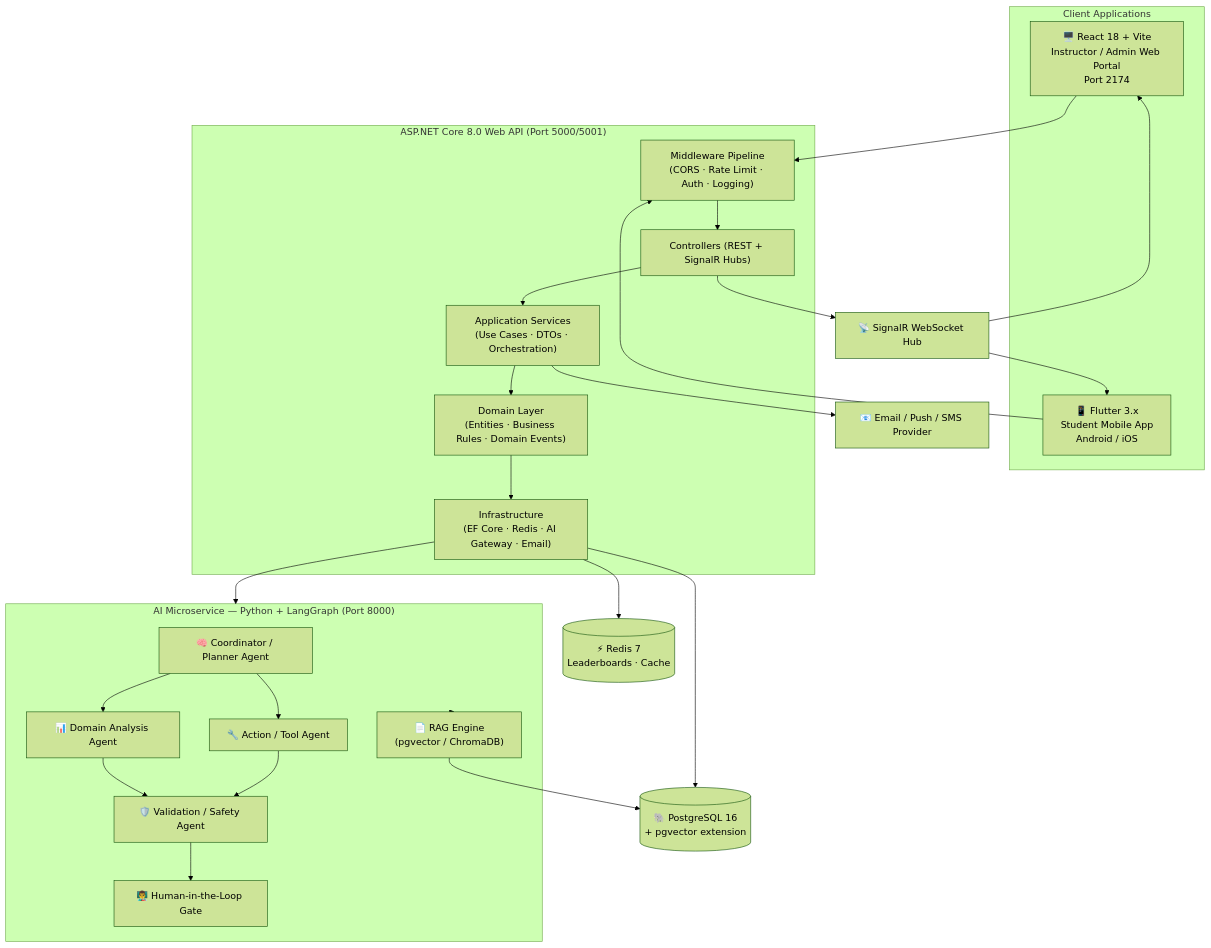
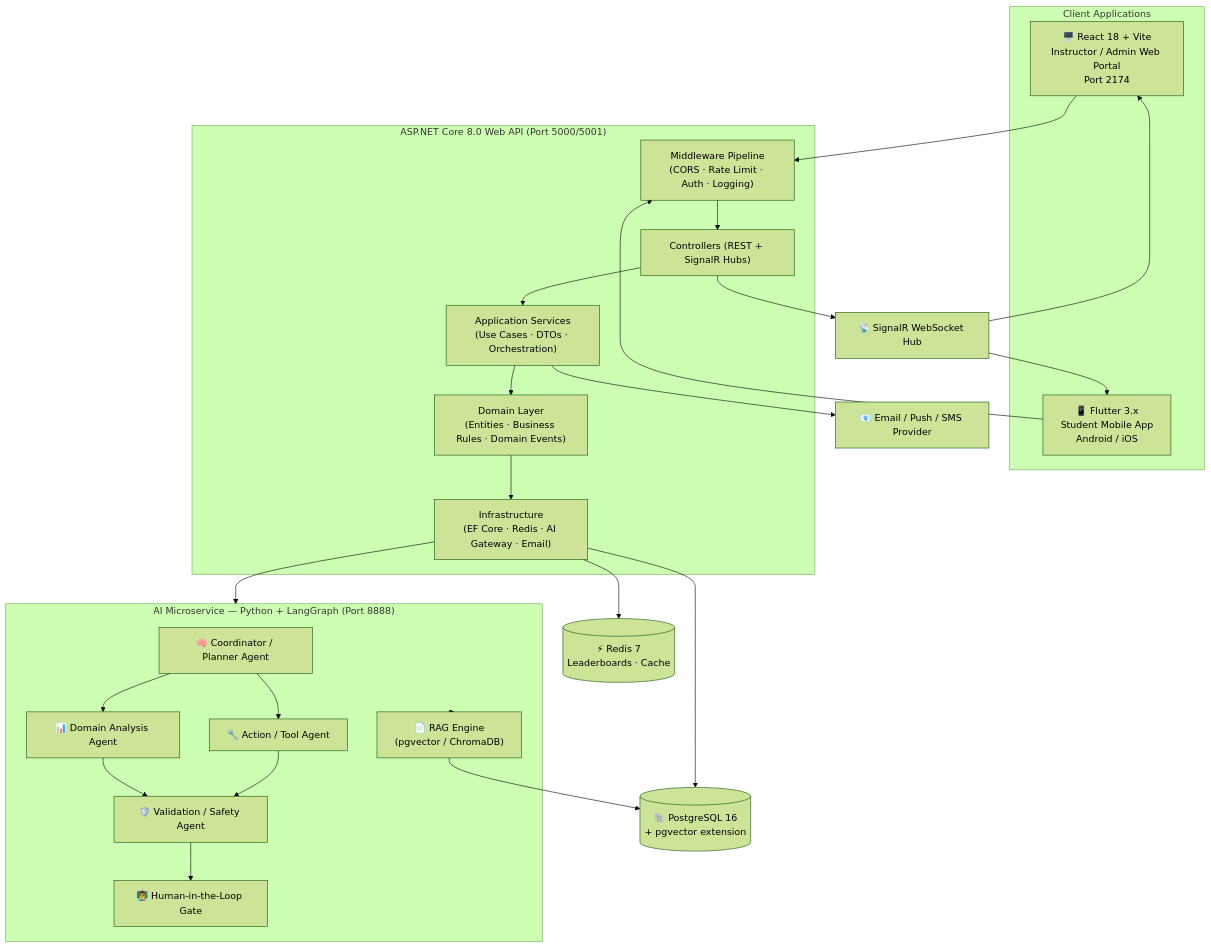
Before and after one commit to Raashidh-Rizvi/EduFlowAi: the first of 5 diagrams in docs/project/03_ARCHITECTURE.md, drawn with Mermaid (forest theme). The commit also changed other lines of this file and 9 other files, not shown here.

````diff
--- a/docs/project/03_ARCHITECTURE.md
+++ b/docs/project/03_ARCHITECTURE.md
@@ -33,50 +33,50 @@
 ```mermaid
 flowchart TB
     subgraph Clients["Client Applications"]
         R["🖥️ React 18 + Vite\nInstructor / Admin Web Portal\nPort 2174"]
         F["📱 Flutter 3.x\nStudent Mobile App\nAndroid / iOS"]
     end
 
     subgraph Backend["ASP.NET Core 8.0 Web API (Port 5000/5001)"]
         MW["Middleware Pipeline\n(CORS · Rate Limit · Auth · Logging)"]
         CTRL["Controllers (REST + SignalR Hubs)"]
         APP["Application Services\n(Use Cases · DTOs · Orchestration)"]
         DOMAIN["Domain Layer\n(Entities · Business Rules · Domain Events)"]
         INFRA["Infrastructure\n(EF Core · Redis · AI Gateway · Email)"]
     end
 
-    subgraph AI["AI Microservice — Python + LangGraph (Port 8000)"]
+    subgraph AI["AI Microservice — Python + LangGraph (Port 8888)"]
         P["🧠 Coordinator / Planner Agent"]
         T["🔧 Action / Tool Agent"]
         D["📊 Domain Analysis Agent"]
         V["🛡️ Validation / Safety Agent"]
         HITL["👨‍🏫 Human-in-the-Loop Gate"]
         RAG["📄 RAG Engine\n(pgvector / ChromaDB)"]
     end
 
     DB[("🐘 PostgreSQL 16\n+ pgvector extension")]
     REDIS[("⚡ Redis 7\nLeaderboards · Cache")]
     SIGNAL["📡 SignalR WebSocket Hub"]
     EXT["📧 Email / Push / SMS Provider"]
 
     R --> MW
     F --> MW
     MW --> CTRL
     CTRL --> APP
     APP --> DOMAIN
     DOMAIN --> INFRA
     INFRA --> DB
     INFRA --> REDIS
     INFRA --> AI
     CTRL --> SIGNAL
     SIGNAL --> F
     SIGNAL --> R
     APP --> EXT
     AI --> RAG
     RAG --> DB
     P --> T
     P --> D
     T --> V
     D --> V
     V --> HITL
 ```
````
